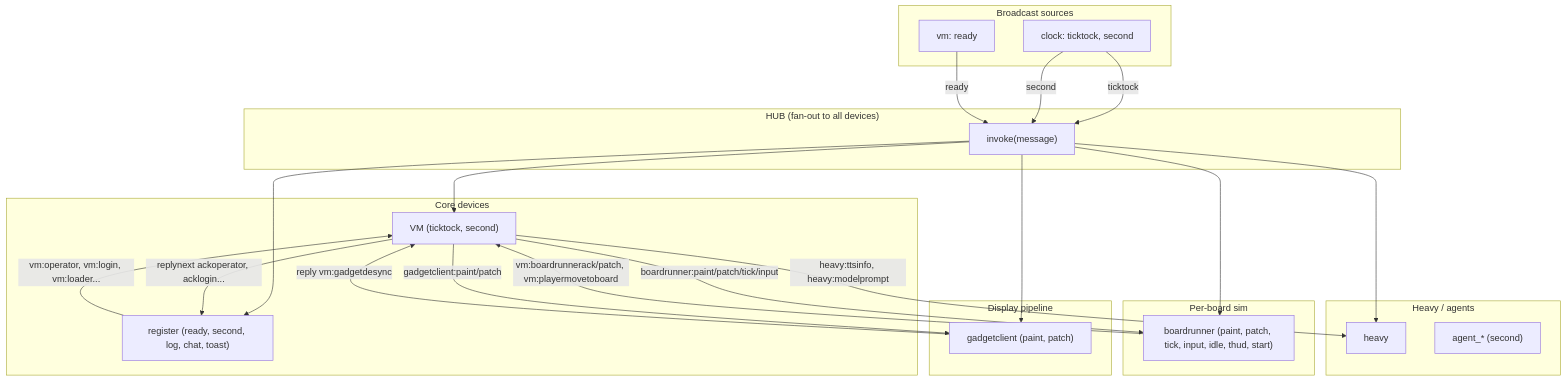
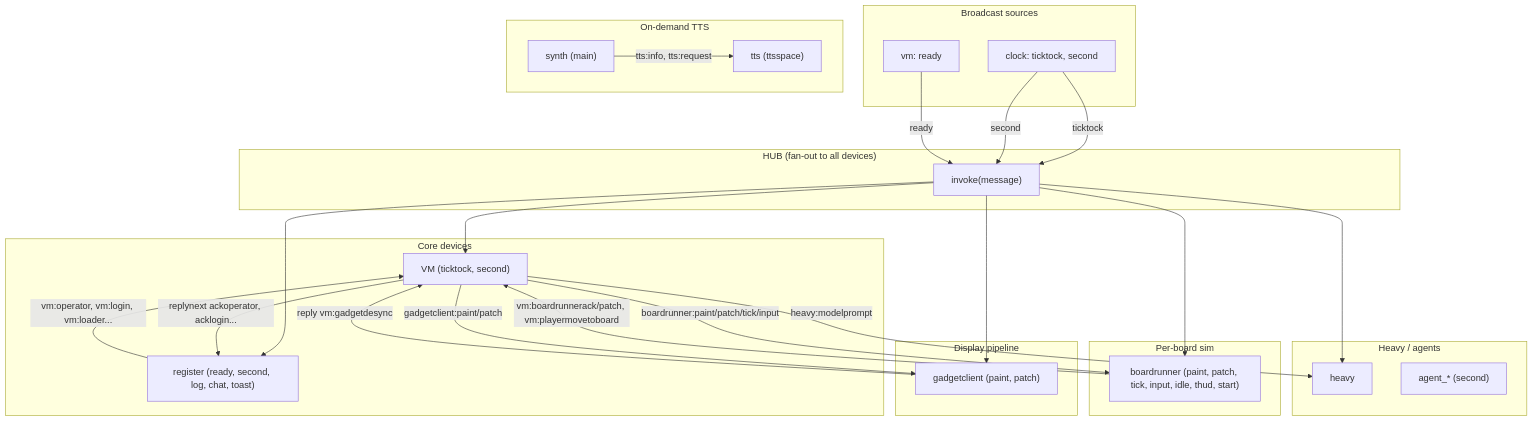
Before and after one commit to goldbuick/zed-software-system: the diagram in zss/device/docs/message-flow.md, drawn with Mermaid. The commit also changed other lines of this file and 24 other files, not shown here.

````diff
--- a/zss/device/docs/message-flow.md
+++ b/zss/device/docs/message-flow.md
@@ -9,49 +9,55 @@
 ```mermaid
 flowchart TB
     subgraph Hub["HUB (fan-out to all devices)"]
         invoke["invoke(message)"]
     end
 
     subgraph Broadcast["Broadcast sources"]
         Clock["clock: ticktock, second"]
         VM["vm: ready"]
     end
 
     subgraph Core["Core devices"]
         VM2["VM (ticktock, second)"]
         Register["register (ready, second, log, chat, toast)"]
     end
 
     subgraph Display["Display pipeline"]
         GadgetClient["gadgetclient (paint, patch)"]
     end
 
     subgraph Sim["Per-board sim"]
         BoardRunner["boardrunner (paint, patch, tick, input, idle, thud, start)"]
     end
 
     subgraph Heavy["Heavy / agents"]
         HeavyDev["heavy"]
         Agent["agent_* (second)"]
     end
 
+    subgraph TTS["On-demand TTS"]
+        Synth["synth (main)"]
+        TTSDev["tts (ttsspace)"]
+    end
+
     Clock -->|ticktock| invoke
     Clock -->|second| invoke
     VM -->|ready| invoke
 
     invoke --> VM2
     invoke --> Register
     invoke --> GadgetClient
     invoke --> BoardRunner
     invoke --> HeavyDev
 
     Register -->|vm:operator, vm:login, vm:loader...| VM2
     VM2 -->|replynext ackoperator, acklogin...| Register
-    VM2 -->|heavy:ttsinfo, heavy:modelprompt| HeavyDev
+    VM2 -->|heavy:modelprompt| HeavyDev
+    Synth -->|tts:info, tts:request| TTSDev
 
     VM2 -->|gadgetclient:paint/patch| GadgetClient
     GadgetClient -->|reply vm:gadgetdesync| VM2
 
     VM2 -->|boardrunner:paint/patch/tick/input| BoardRunner
     BoardRunner -->|vm:boardrunnerack/patch, vm:playermovetoboard| VM2
 ```
````
